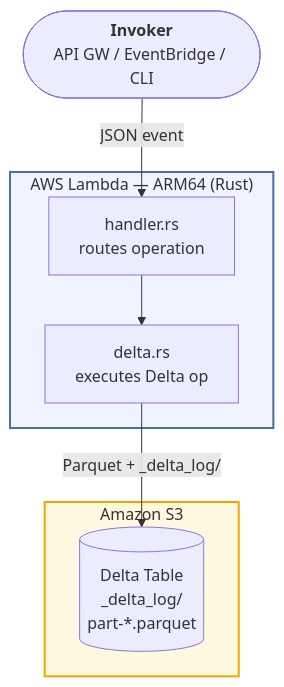
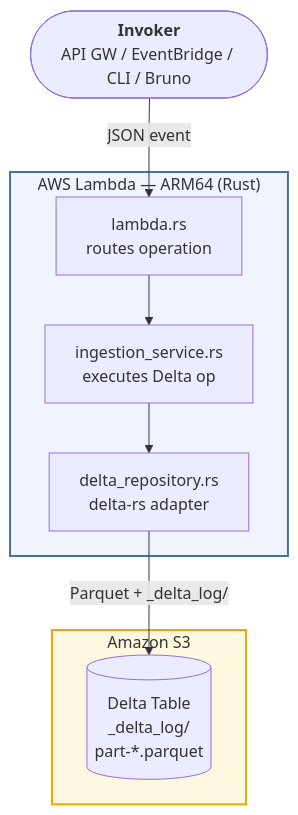
Before and after one commit to dmux/deltalake-lambda-rust-ingestion: the diagram in README.md, drawn with Mermaid. The commit also changed other lines of this file and 17 other files, not shown here.

````diff
--- a/README.md
+++ b/README.md
@@ -9,19 +9,20 @@
 ```mermaid
 flowchart TD
     A(["`**Invoker**
-    API GW / EventBridge / CLI`"]) -->|JSON event| B
+    API GW / EventBridge / CLI / Bruno`"]) -->|JSON event| B
 
     subgraph lambda["AWS Lambda — ARM64 (Rust)"]
-        B["handler.rs\nroutes operation"]
-        B --> C["delta.rs\nexecutes Delta op"]
+        B["lambda.rs\nroutes operation"]
+        B --> C["ingestion_service.rs\nexecutes Delta op"]
+        C --> D["delta_repository.rs\ndelta-rs adapter"]
     end
 
-    C -->|"Parquet + _delta_log/"| D
+    D -->|"Parquet + _delta_log/"| E
 
     subgraph s3["Amazon S3"]
-        D[("Delta Table\n_delta_log/\npart-*.parquet")]
+        E[("Delta Table\n_delta_log/\npart-*.parquet")]
     end
 
     style lambda fill:#f0f4ff,stroke:#4a6fa5,stroke-width:2px
     style s3    fill:#fff8e1,stroke:#f0a500,stroke-width:2px
 ```
````
